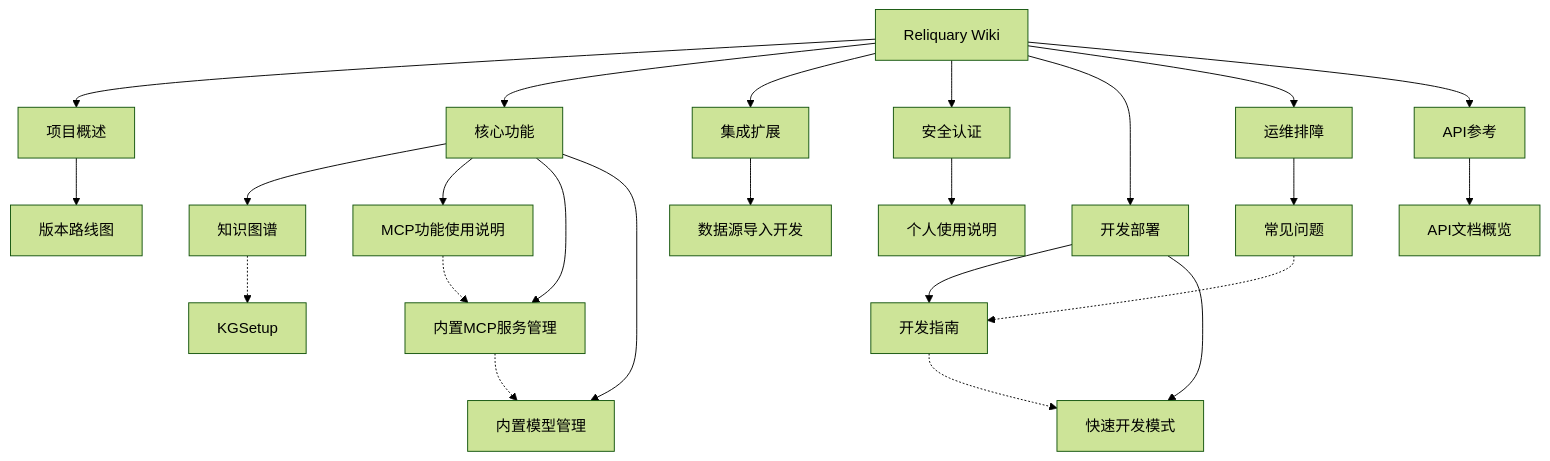
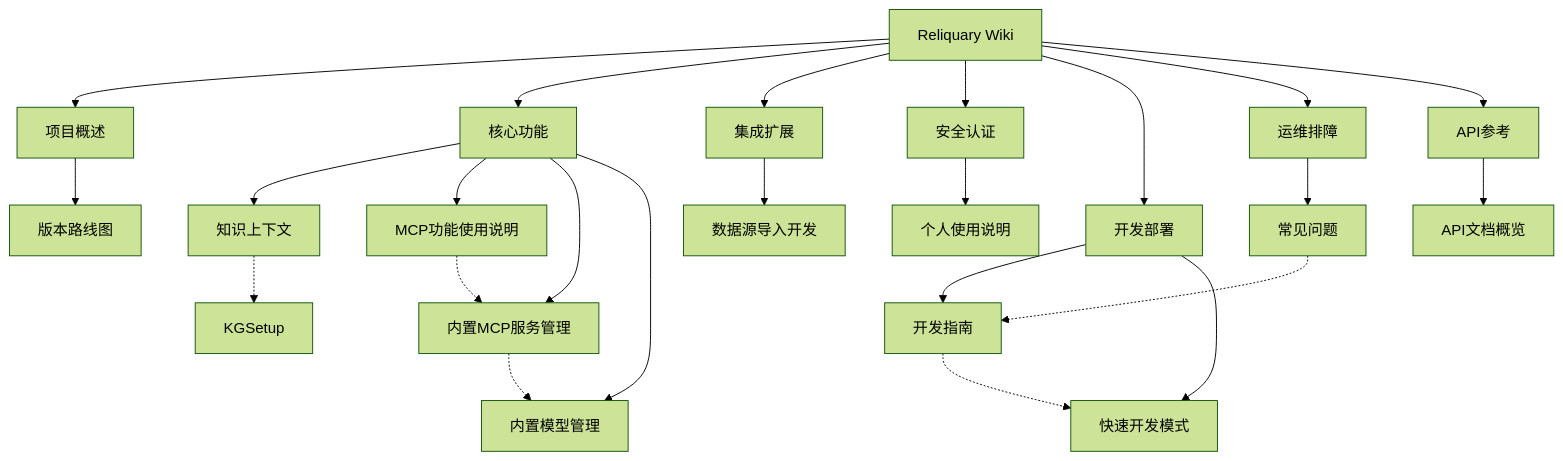
Before and after one commit to Dikui/Reliquary: the diagram in docs/wiki/Home.md, drawn with Mermaid (forest theme). The commit also changed other lines of this file and 202 other files, not shown here.

First line of the commit message:
refactor: remove multi-user leftovers and graph naming

````diff
--- a/docs/wiki/Home.md
+++ b/docs/wiki/Home.md
@@ -62,35 +62,35 @@
 ```mermaid
 graph TB
     Home[Reliquary Wiki]
     Home --> 项目概述
     Home --> 核心功能
     Home --> 集成扩展
     Home --> 安全认证
     Home --> 开发部署
     Home --> 运维排障
     Home --> API参考
 
     项目概述 --> ROADMAP[版本路线图]
 
-    核心功能 --> KG[知识图谱]
+    核心功能 --> KG[知识上下文]
     核心功能 --> MCP[MCP功能使用说明]
     核心功能 --> BuiltinMCP[内置MCP服务管理]
     核心功能 --> BuiltinModel[内置模型管理]
 
     集成扩展 --> DS[数据源导入开发]
 
     安全认证 --> Personal[个人使用说明]
 
     开发部署 --> DevGuide[开发指南]
     开发部署 --> QuickDev[快速开发模式]
 
     运维排障 --> FAQ[常见问题]
 
     API参考 --> APIOverview[API文档概览]
 
     KG -.-> KGSetup
     MCP -.-> BuiltinMCP
     BuiltinMCP -.-> BuiltinModel
     DevGuide -.-> QuickDev
     FAQ -.-> DevGuide
 ```
````
